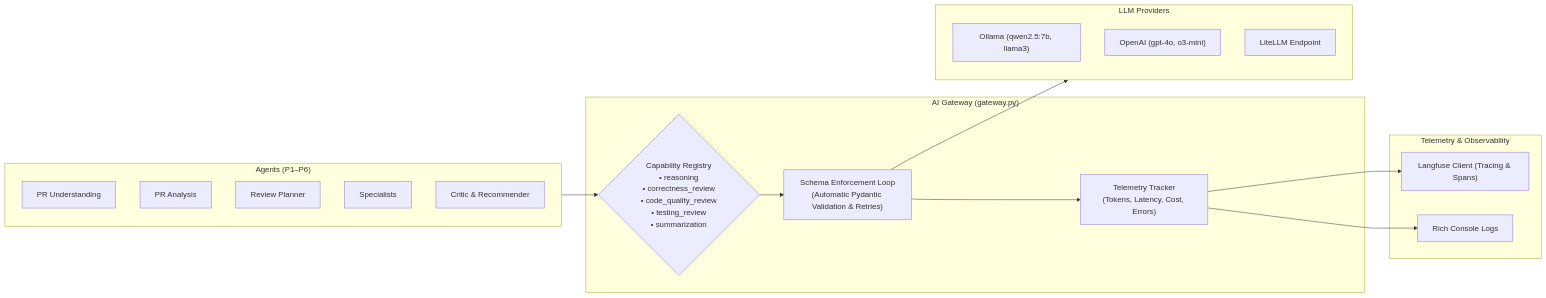
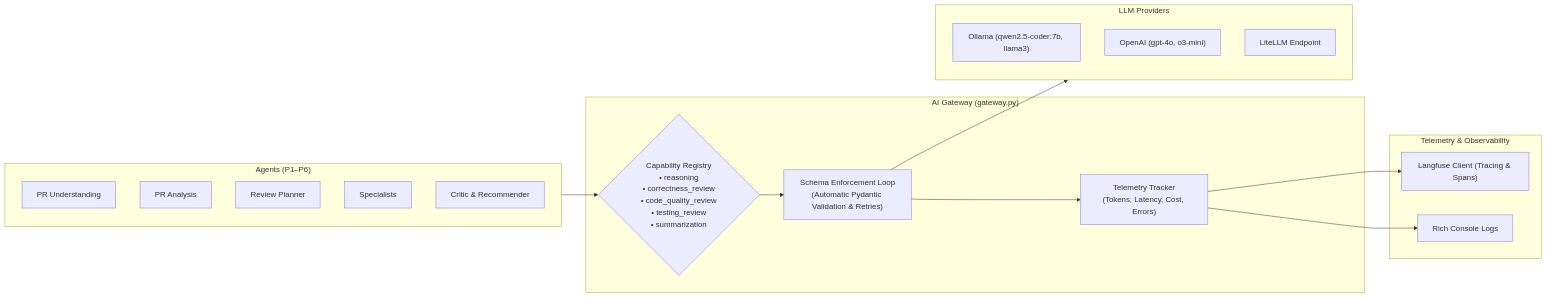
One commit to venkatpachala/CodeTurtle changed the fifth of 5 diagrams in system_design.md. Above: the diagram before and after it, drawn with Mermaid. The commit also changed other lines of this file and 22 other files, not shown here.

````diff
--- a/system_design.md
+++ b/system_design.md
@@ -323,33 +323,33 @@
 ```mermaid
 flowchart LR
     subgraph Agents ["Agents (P1–P6)"]
         P1A["PR Understanding"]
         P2A["PR Analysis"]
         P3A["Review Planner"]
         P5A["Specialists"]
         P6A["Critic & Recommender"]
     end
 
     subgraph Gateway ["AI Gateway (gateway.py)"]
         Router{"Capability Registry<br/>• reasoning<br/>• correctness_review<br/>• code_quality_review<br/>• testing_review<br/>• summarization"}
         RetryEngine["Schema Enforcement Loop<br/>(Automatic Pydantic Validation & Retries)"]
         Telemetry["Telemetry Tracker<br/>(Tokens, Latency, Cost, Errors)"]
     end
 
     subgraph Backends ["LLM Providers"]
-        OllamaLocal["Ollama (qwen2.5:7b, llama3)"]
+        OllamaLocal["Ollama (qwen2.5-coder:7b, llama3)"]
         OpenAICloud["OpenAI (gpt-4o, o3-mini)"]
         LiteLLMProvider["LiteLLM Endpoint"]
     end
 
     subgraph Observability ["Telemetry & Observability"]
         LangfuseCloud["Langfuse Client (Tracing & Spans)"]
         RichConsole["Rich Console Logs"]
     end
 
     Agents --> Router
     Router --> RetryEngine
     RetryEngine --> Backends
     RetryEngine --> Telemetry
     Telemetry --> LangfuseCloud & RichConsole
 ```
````
